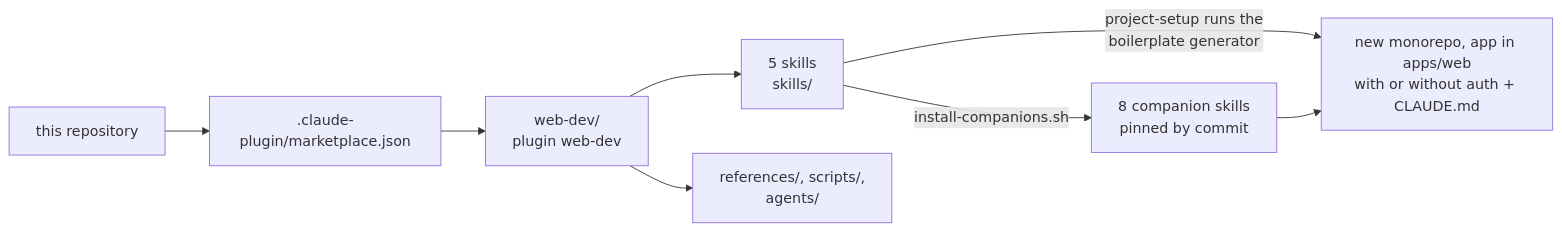
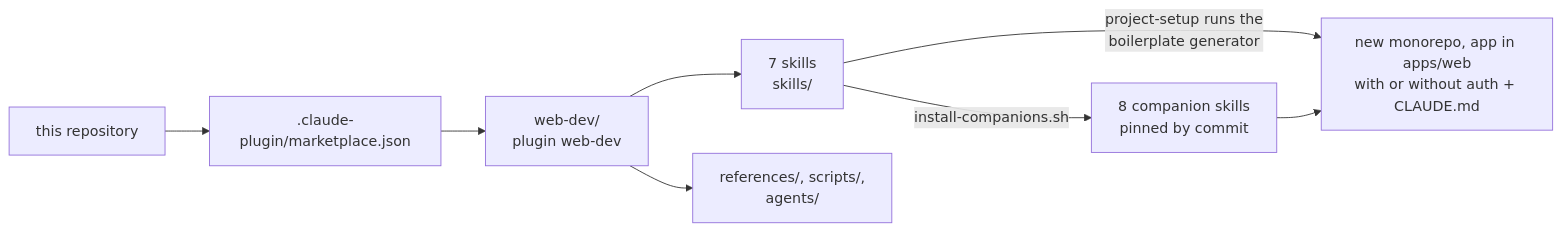
The first of 4 diagrams in DESIGN.md (loiphan-agilityio/web-dev-plugin), drawn with Mermaid before and after one commit. The commit also changed other lines of this file and 7 other files, not shown here.

````diff
--- a/DESIGN.md
+++ b/DESIGN.md
@@ -8,10 +8,10 @@
 ```mermaid
 flowchart LR
   repo["this repository"] --> mkt[".claude-plugin/marketplace.json"]
   mkt --> plugin["web-dev/<br/>plugin web-dev"]
-  plugin --> skills["5 skills<br/>skills/"]
+  plugin --> skills["7 skills<br/>skills/"]
   plugin --> shared["references/, scripts/,<br/>agents/"]
   skills -->|project-setup runs the<br/>boilerplate generator| app["new monorepo, app in apps/web<br/>with or without auth + CLAUDE.md"]
   skills -->|install-companions.sh| comp["8 companion skills<br/>pinned by commit"]
   comp --> app
 ```
````
